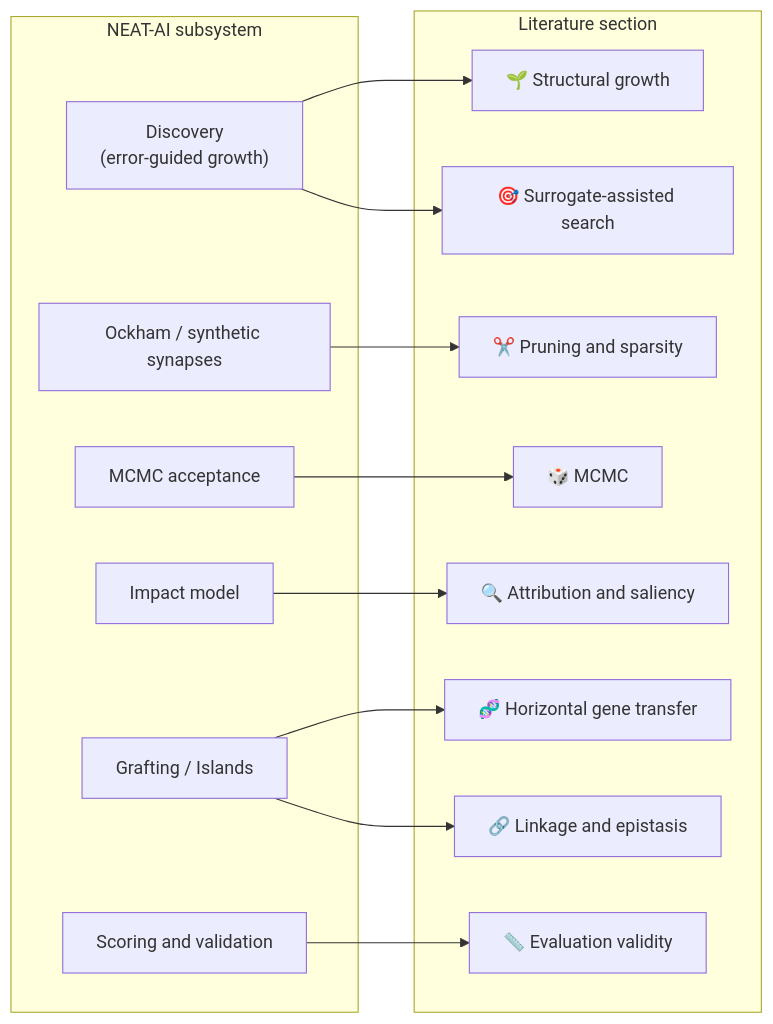
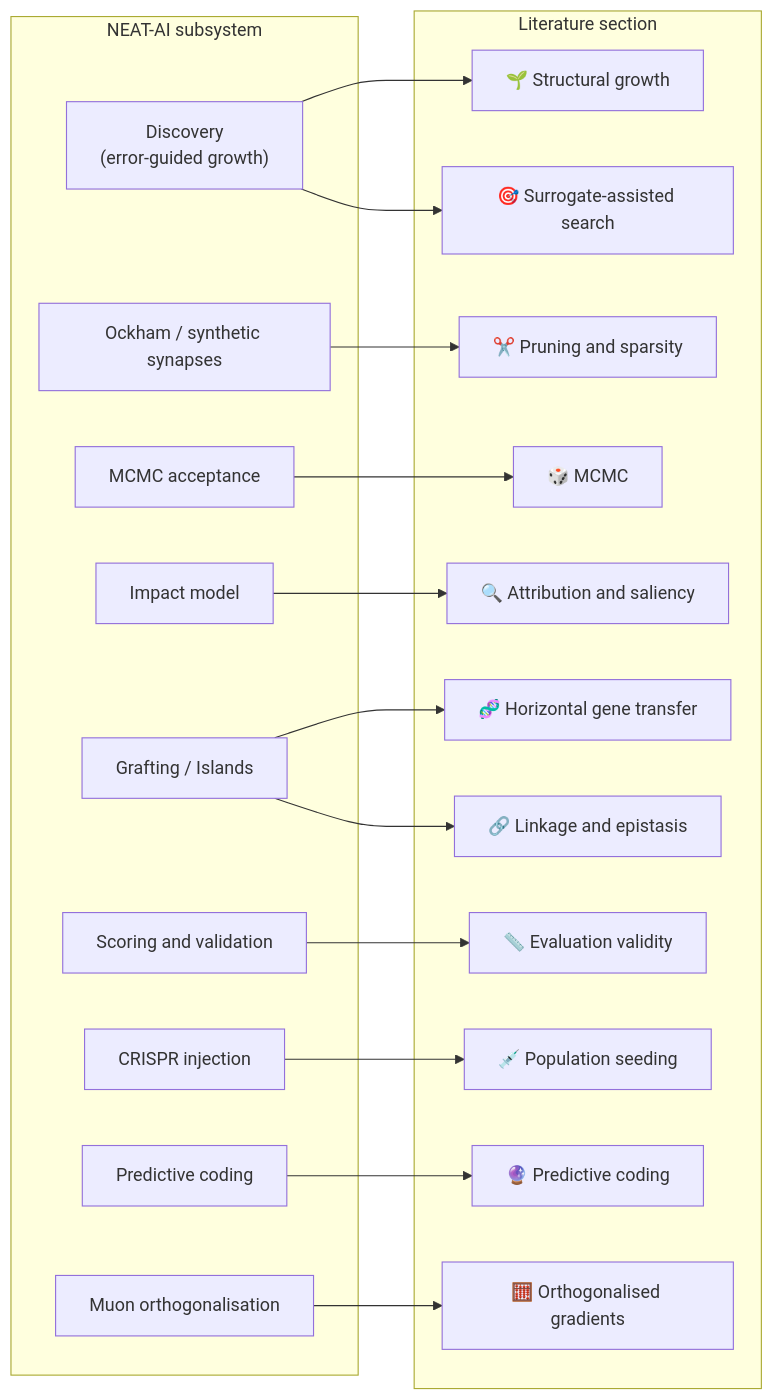
One commit to stSoftwareAU/NEAT-AI changed the diagram in docs/comparison/REFERENCES.md. Above: the diagram before and after it, drawn with Mermaid. The commit also changed other lines of this file and 3 other files, not shown here.

````diff
--- a/docs/comparison/REFERENCES.md
+++ b/docs/comparison/REFERENCES.md
@@ -20,29 +20,38 @@
 ```mermaid
 flowchart LR
     subgraph House["NEAT-AI subsystem"]
         Disc["Discovery<br/>(error-guided growth)"]
         Prune["Ockham / synthetic synapses"]
         MCMC["MCMC acceptance"]
         Impact["Impact model"]
         Breed["Grafting / Islands"]
         Score["Scoring and validation"]
+        Crispr["CRISPR injection"]
+        PC["Predictive coding"]
+        Muon["Muon orthogonalisation"]
     end
     subgraph Lit["Literature section"]
         Growth["🌱 Structural growth"]
         Surrogate["🎯 Surrogate-assisted search"]
         Sparse["✂️ Pruning and sparsity"]
         Anneal["🎲 MCMC"]
         Attr["🔍 Attribution and saliency"]
         HGT["🧬 Horizontal gene transfer"]
         Link["🔗 Linkage and epistasis"]
         Valid["📏 Evaluation validity"]
+        Seed["💉 Population seeding"]
+        Pred["🔮 Predictive coding"]
+        Orth["🧮 Orthogonalised gradients"]
     end
     Disc --> Growth
     Disc --> Surrogate
     Prune --> Sparse
     MCMC --> Anneal
     Impact --> Attr
     Breed --> HGT
     Breed --> Link
     Score --> Valid
+    Crispr --> Seed
+    PC --> Pred
+    Muon --> Orth
 ```
````
